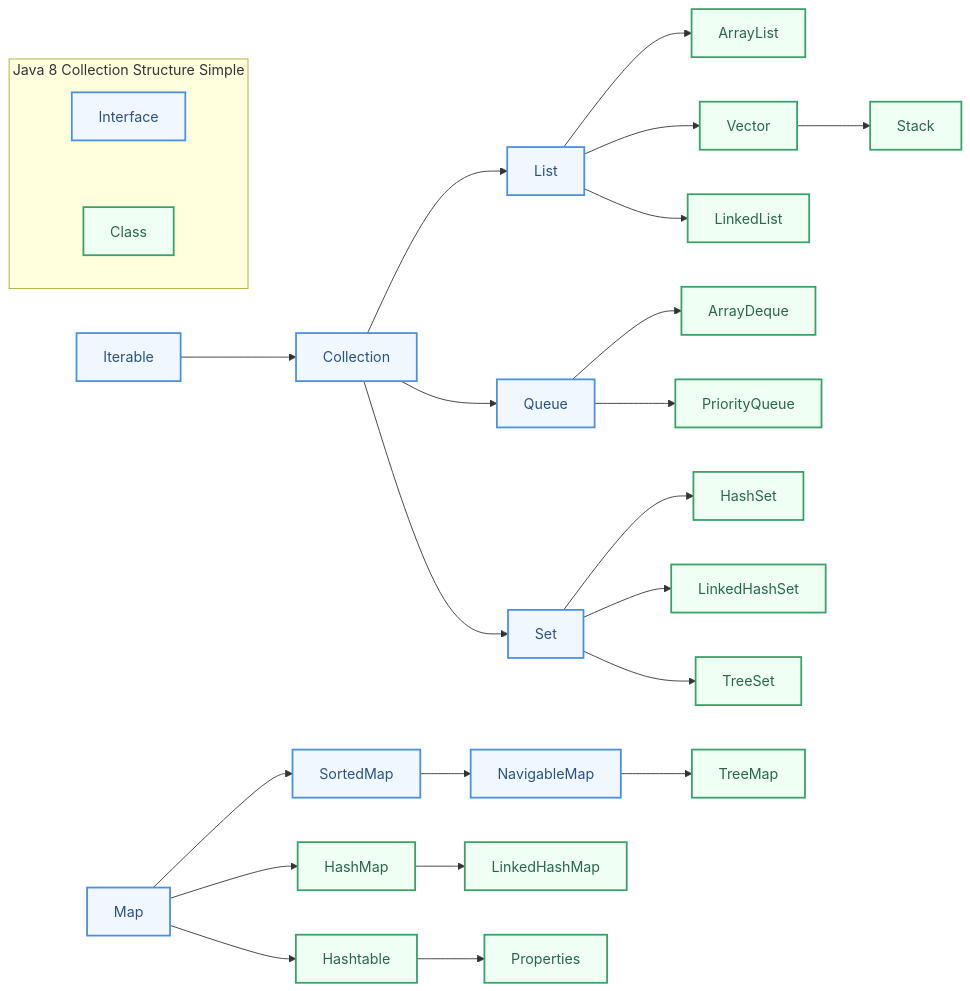
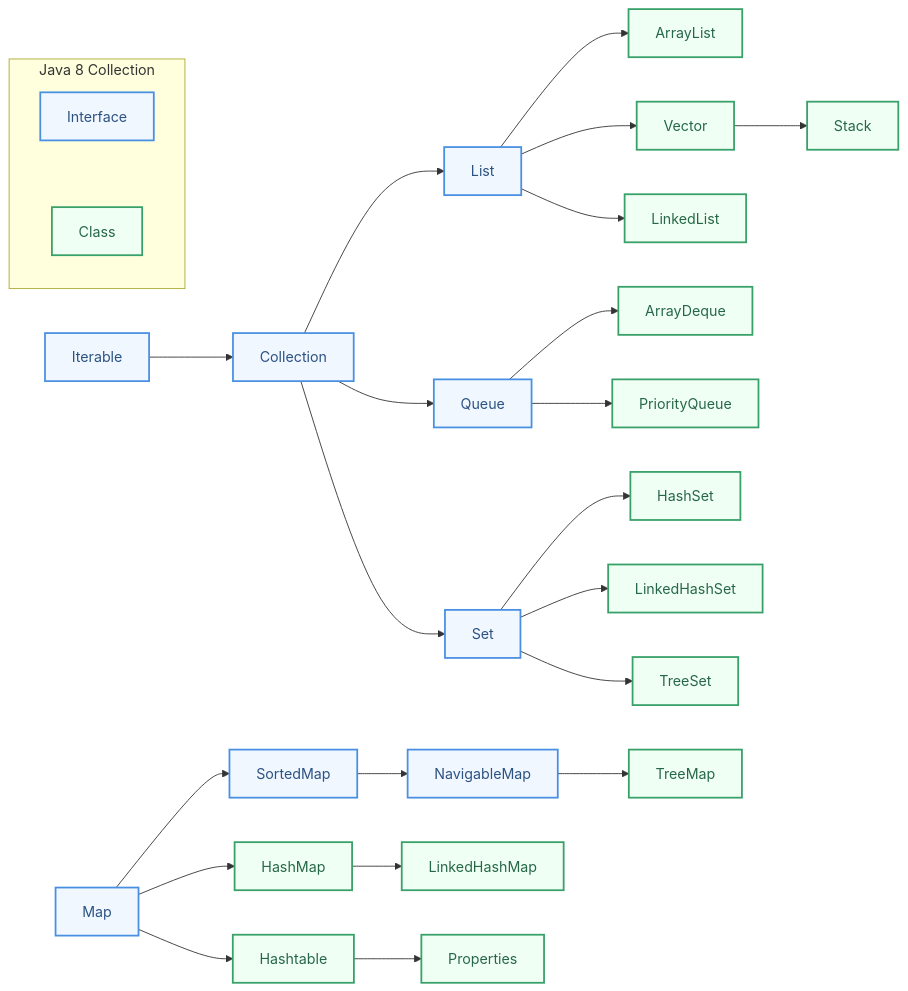
One commit to CharlesShan-hub/PKM changed the first of 3 diagrams in pkm/backend/java/javase/notes/heima/Collection.md. Above: the diagram before and after it, drawn with Mermaid. The commit also changed 15 other files, not shown here.

````diff
--- a/pkm/backend/java/javase/notes/heima/Collection.md
+++ b/pkm/backend/java/javase/notes/heima/Collection.md
@@ -14,53 +14,53 @@
 ```mermaid
 graph LR
     %% 颜色定义
     classDef interface fill:#f0f7ff,stroke:#4a90e2,stroke-width:2px,color:#2c5282,stroke-dasharray:0
     classDef abstractClass fill:#fdf2f8,stroke:#d53f8c,stroke-width:1.5px,color:#97266d,stroke-dasharray: 3 2
     classDef concreteClass fill:#f0fff4,stroke:#38a169,stroke-width:2px,color:#276749,border-radius:5px
     classDef label fill:#ffffff,stroke:#dee2e6,stroke-width:1px
     
     %% 图例
-    subgraph "Java 8 Collection Structure Simple"
+    subgraph "Java 8 Collection"
         direction TB
         LegendInterface["Interface"]:::interface
         LegendClass["Class"]:::concreteClass
         LegendInterface --> LegendClass
         linkStyle 0 stroke:none,stroke-width:0px
     end
     
     %% 顶部接口
     Iterable:::interface
     Iterable --> Collection:::interface
     
     %% Collection分支
     Collection --> List:::interface
     Collection --> Queue:::interface
     Collection --> Set:::interface
     
     %% AbstractList分支
     List --> ArrayList:::concreteClass
     List --> Vector:::concreteClass
     Vector --> Stack:::concreteClass
     List --> LinkedList:::concreteClass
     
     %% AbstractQueue分支
     Queue --> ArrayDeque:::concreteClass
     Queue --> PriorityQueue:::concreteClass
     
     %% AbstractSet分支
     Set --> HashSet:::concreteClass
     Set --> LinkedHashSet:::concreteClass
     Set --> TreeSet:::concreteClass
     
     %% Map分支
     Map:::interface
     Map --> SortedMap:::interface
     Map --> Hashtable:::concreteClass
     SortedMap --> NavigableMap:::interface
     Map --> HashMap:::concreteClass
     HashMap --> LinkedHashMap:::concreteClass
     NavigableMap --> TreeMap:::concreteClass
     Hashtable --> Properties:::concreteClass
 
     classDef transparent fill:none,stroke:none,width:0,height:0
 ```
````
